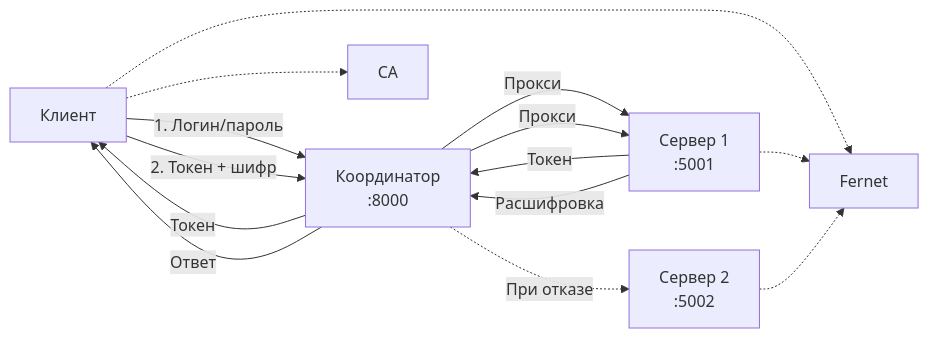
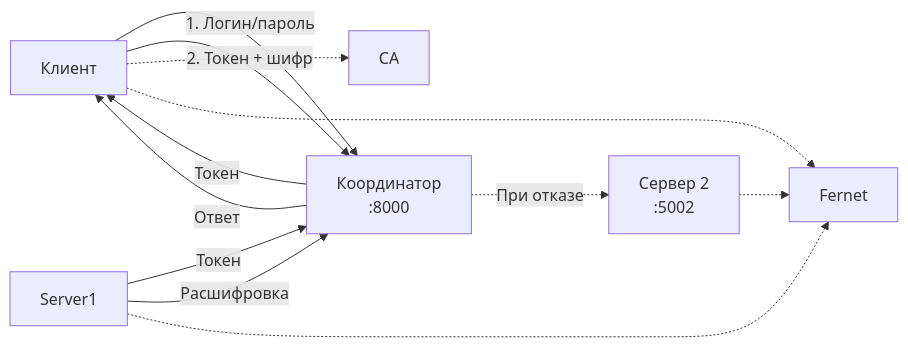
Before and after one commit to ChumakovOA/distributed-systems: the diagram in lab_04/lab_04.md, drawn with Mermaid.

````diff
--- a/lab_04/lab_04.md
+++ b/lab_04/lab_04.md
@@ -25,18 +25,16 @@
 ```mermaid
 flowchart LR
     Client[Клиент] -->|1. Логин/пароль| Coord[Координатор<br/>:8000]
-    Coord -->|Прокси| Server1[Сервер 1<br/>:5001]
     Server1 -->|Токен| Coord
     Coord -->|Токен| Client
 
     Client -->|2. Токен + шифр| Coord
-    Coord -->|Прокси| Server1
     Server1 -->|Расшифровка| Coord
     Coord -->|Ответ| Client
 
     Coord -.->|При отказе| Server2[Сервер 2<br/>:5002]
     Client -.-> CA
     Client -.-> Fernet
     Server1 -.-> Fernet
     Server2 -.-> Fernet
 ```
````
